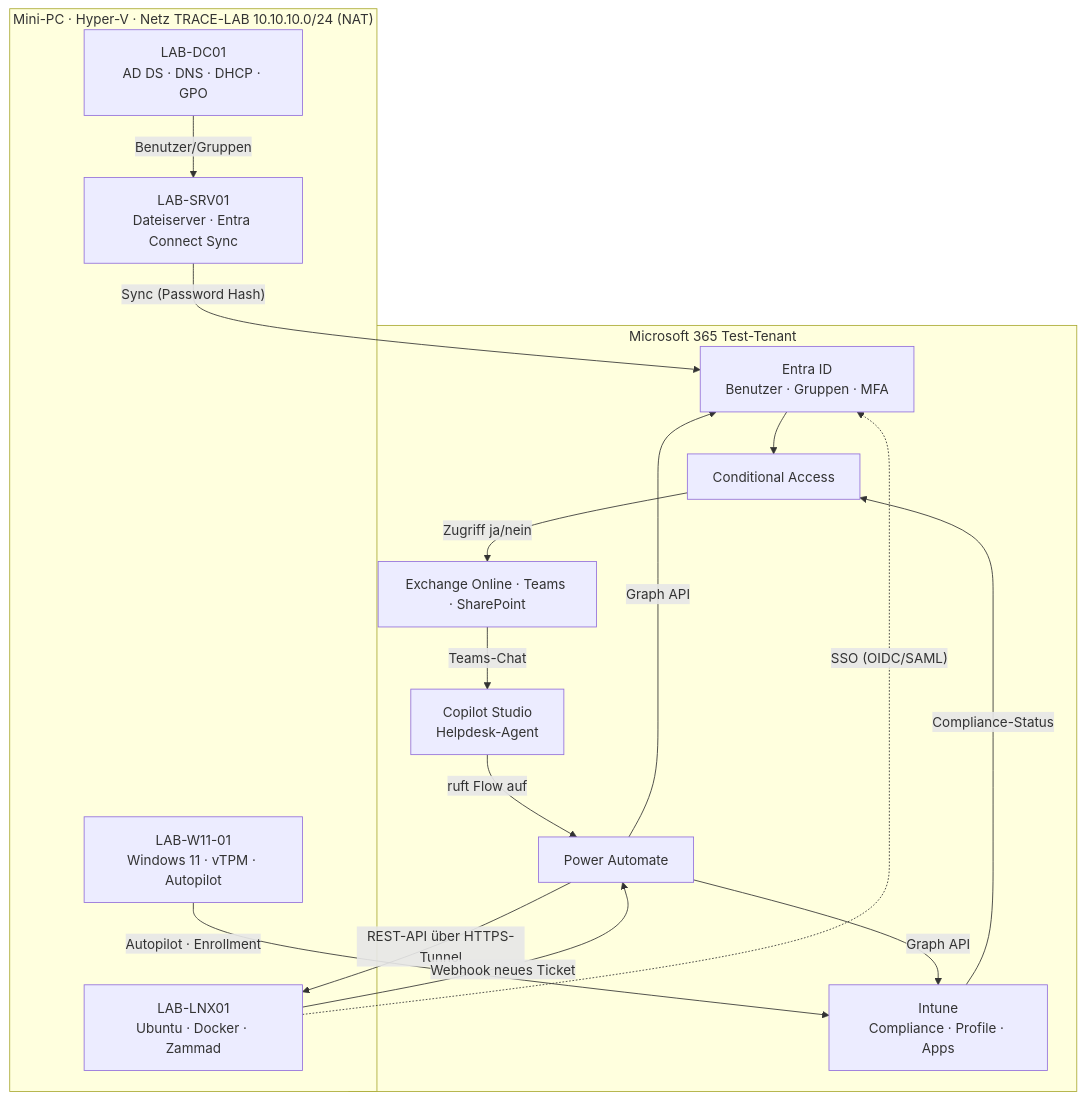
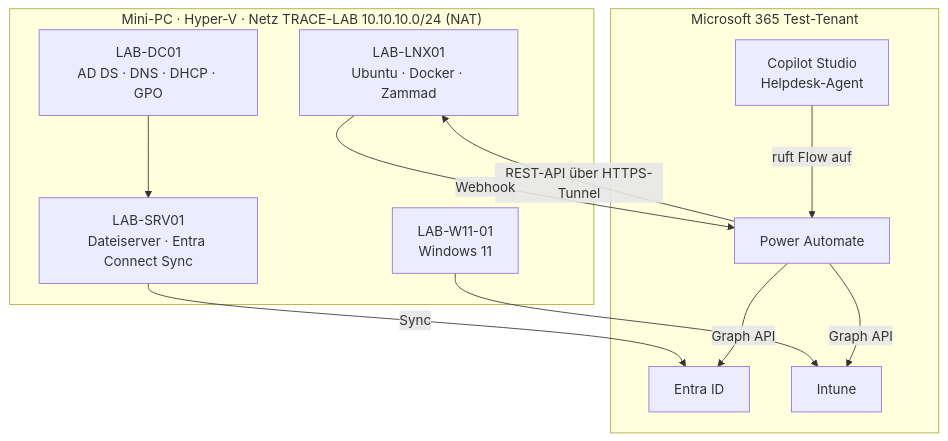
The second of 2 diagrams in 00_Wissen/02_Projekte/Projects/M365 und KI Copilot mit Powerautomate/Project_TRACE-Enterprise-Lab.md (vuxuantiep/AI-OS), drawn with Mermaid before and after one commit. The commit also changed other lines of this file and 3 other files, not shown here.

First line of the commit message:
docs(lab): TRACE Lab auf Cloud-Schwerpunkt umgestellt (Entra ID, Conditional Access, Intune)

````diff
--- a/00_Wissen/02_Projekte/Projects/M365 und KI Copilot mit Powerautomate/Project_TRACE-Enterprise-Lab.md
+++ b/00_Wissen/02_Projekte/Projects/M365 und KI Copilot mit Powerautomate/Project_TRACE-Enterprise-Lab.md
@@ -39,32 +71,25 @@
 ```mermaid
 flowchart TB
   subgraph HOST["Mini-PC · Hyper-V · Netz TRACE-LAB 10.10.10.0/24 (NAT)"]
     DC["LAB-DC01<br/>AD DS · DNS · DHCP · GPO"]
     SRV["LAB-SRV01<br/>Dateiserver · Entra Connect Sync"]
-    W11["LAB-W11-01<br/>Windows 11 · vTPM · Autopilot"]
+    W11["LAB-W11-01<br/>Windows 11"]
     LNX["LAB-LNX01<br/>Ubuntu · Docker · Zammad"]
   end
 
   subgraph CLOUD["Microsoft 365 Test-Tenant"]
-    ENTRA["Entra ID<br/>Benutzer · Gruppen · MFA"]
-    CA["Conditional Access"]
-    INTUNE["Intune<br/>Compliance · Profile · Apps"]
-    M365["Exchange Online · Teams · SharePoint"]
+    ENTRA["Entra ID"]
+    INTUNE["Intune"]
     PA["Power Automate"]
     CS["Copilot Studio<br/>Helpdesk-Agent"]
   end
 
-  DC -- "Benutzer/Gruppen" --> SRV
-  SRV -- "Sync (Password Hash)" --> ENTRA
-  W11 -- "Autopilot · Enrollment" --> INTUNE
-  INTUNE -- "Compliance-Status" --> CA
-  ENTRA --> CA
-  CA -- "Zugriff ja/nein" --> M365
-  M365 -- "Teams-Chat" --> CS
+  DC --> SRV
+  SRV -- "Sync" --> ENTRA
+  W11 --> INTUNE
   CS -- "ruft Flow auf" --> PA
   PA -- "REST-API über HTTPS-Tunnel" --> LNX
-  LNX -- "Webhook neues Ticket" --> PA
+  LNX -- "Webhook" --> PA
   PA -- "Graph API" --> ENTRA
   PA -- "Graph API" --> INTUNE
-  LNX -. "SSO (OIDC/SAML)" .-> ENTRA
 ```
````
